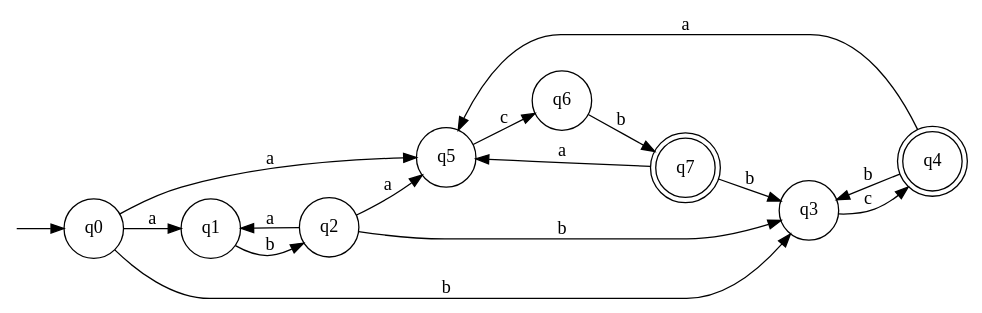
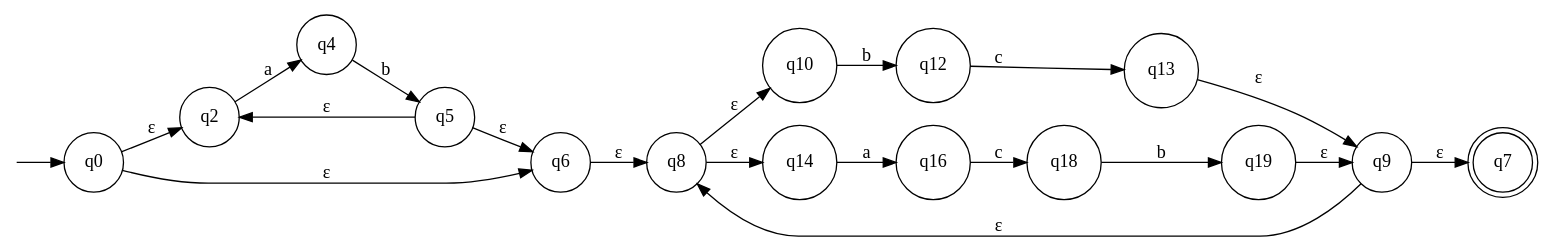
Before and after one commit to water-mizuu/finite_automata_conversion: the diagram in nfa_e.dot, drawn with Graphviz. The commit also changed 10 other files, not shown here.

```diff
--- a/nfa_e.dot
+++ b/nfa_e.dot
@@ -1,27 +1,38 @@
 digraph G {
   rankdir=LR;
   n__ [label="" shape=none width=.0];
   0 [shape=circle label="q0"];
-  1 [shape=circle label="q1"];
   2 [shape=circle label="q2"];
-  3 [shape=circle label="q3"];
-  4 [shape=doublecircle label="q4"];
+  4 [shape=circle label="q4"];
   5 [shape=circle label="q5"];
   6 [shape=circle label="q6"];
   7 [shape=doublecircle label="q7"];
+  8 [shape=circle label="q8"];
+  9 [shape=circle label="q9"];
+  10 [shape=circle label="q10"];
+  12 [shape=circle label="q12"];
+  13 [shape=circle label="q13"];
+  14 [shape=circle label="q14"];
+  16 [shape=circle label="q16"];
+  18 [shape=circle label="q18"];
+  19 [shape=circle label="q19"];
   n__ -> 0;
-  0 -> 1 [label="a"];
-  0 -> 5 [label="a"];
-  0 -> 3 [label="b"];
-  1 -> 2 [label="b"];
-  2 -> 1 [label="a"];
-  2 -> 5 [label="a"];
-  2 -> 3 [label="b"];
-  3 -> 4 [label="c"];
-  4 -> 5 [label="a"];
-  4 -> 3 [label="b"];
-  5 -> 6 [label="c"];
-  6 -> 7 [label="b"];
-  7 -> 5 [label="a"];
-  7 -> 3 [label="b"];
+  2 -> 4 [label="a"];
+  4 -> 5 [label="b"];
+  0 -> 2 [label="ε"];
+  0 -> 6 [label="ε"];
+  5 -> 2 [label="ε"];
+  5 -> 6 [label="ε"];
+  10 -> 12 [label="b"];
+  12 -> 13 [label="c"];
+  14 -> 16 [label="a"];
+  16 -> 18 [label="c"];
+  18 -> 19 [label="b"];
+  8 -> 10 [label="ε"];
+  8 -> 14 [label="ε"];
+  13 -> 9 [label="ε"];
+  19 -> 9 [label="ε"];
+  6 -> 8 [label="ε"];
+  9 -> 8 [label="ε"];
+  9 -> 7 [label="ε"];
 }
```
